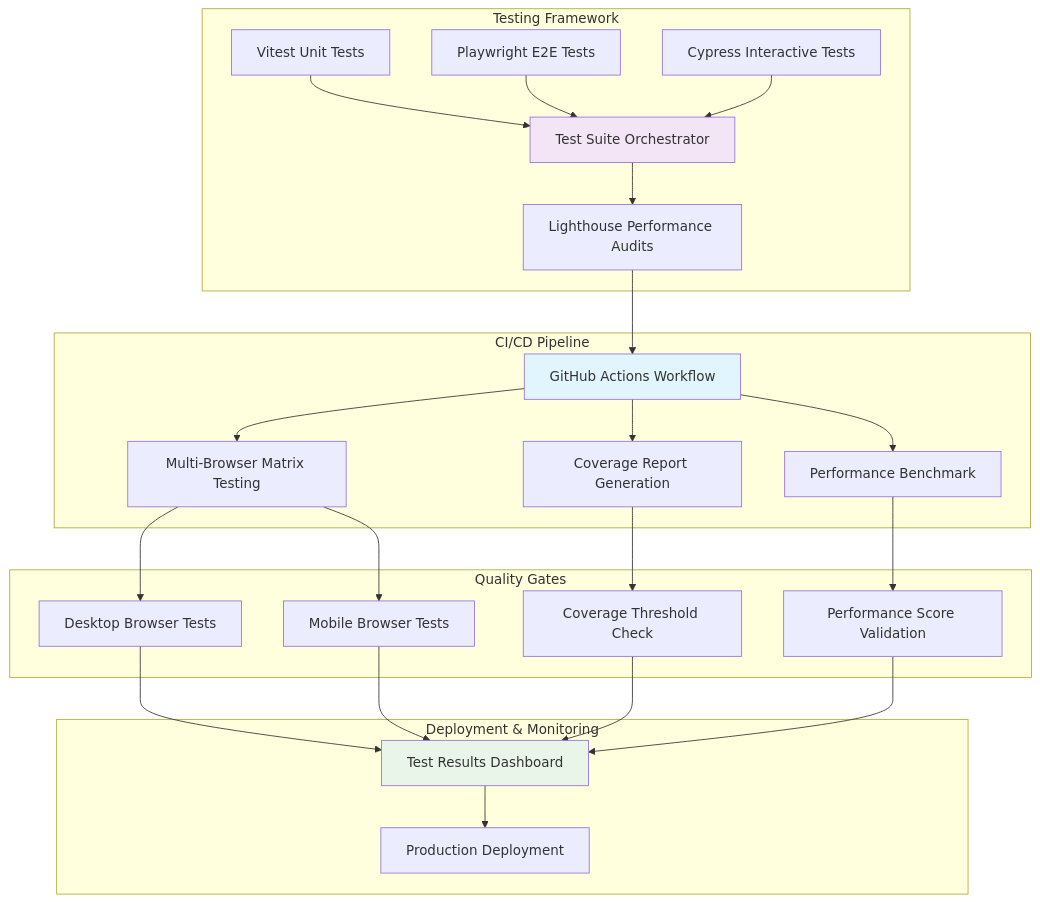
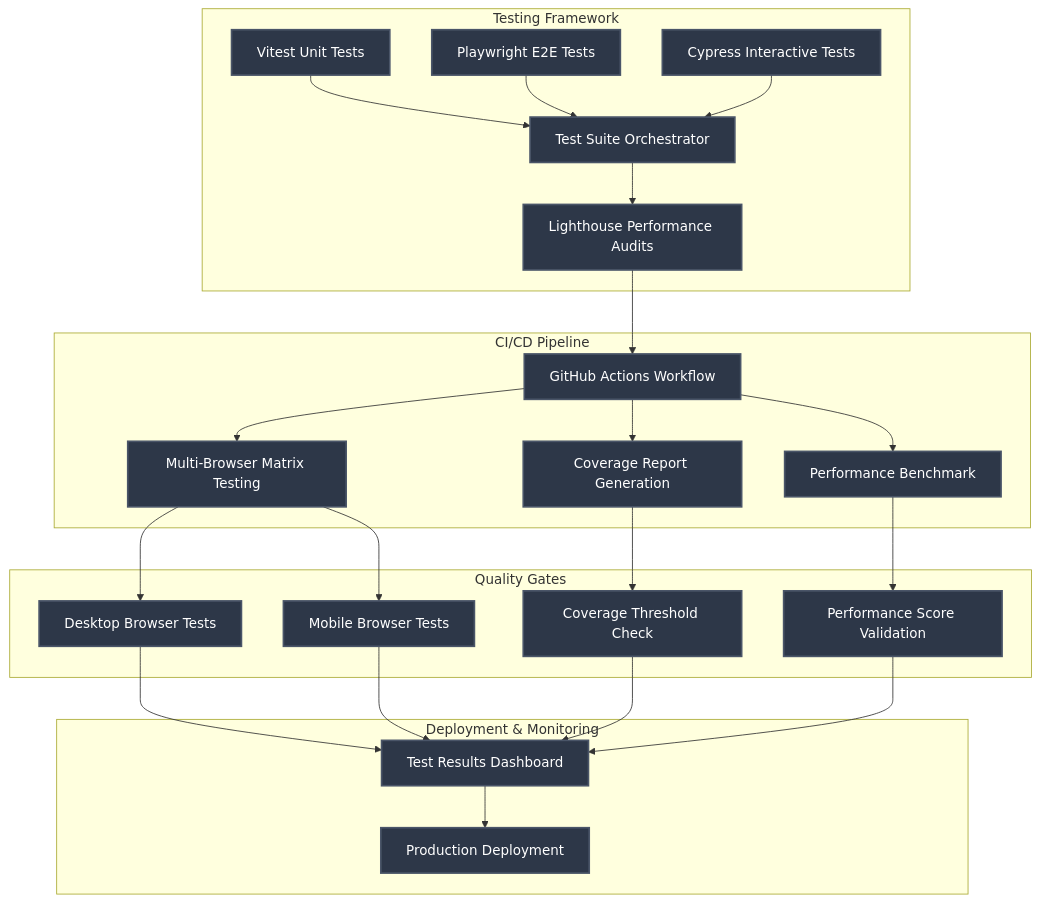
Before and after one commit to hkevin01/Layers-Radar-States-Streets: the third of 9 diagrams in README.md, drawn with Mermaid. The commit also changed other lines of this file, not shown here.

Commit message:
refactor: Standardize diagram styles for improved visual consistency

````diff
--- a/README.md
+++ b/README.md
@@ -97,35 +119,47 @@
 ```mermaid
 graph TB
     subgraph "Testing Framework"
         A[Vitest Unit Tests] --> D[Test Suite Orchestrator]
         B[Playwright E2E Tests] --> D
         C[Cypress Interactive Tests] --> D
         D --> E[Lighthouse Performance Audits]
     end
 
     subgraph "CI/CD Pipeline"
         E --> F[GitHub Actions Workflow]
         F --> G[Multi-Browser Matrix Testing]
         F --> H[Coverage Report Generation]
         F --> I[Performance Benchmark]
     end
 
     subgraph "Quality Gates"
         G --> J[Desktop Browser Tests]
         G --> K[Mobile Browser Tests]
         H --> L[Coverage Threshold Check]
         I --> M[Performance Score Validation]
     end
 
     subgraph "Deployment & Monitoring"
         J --> N[Test Results Dashboard]
         K --> N
         L --> N
         M --> N
         N --> O[Production Deployment]
     end
 
-    style D fill:#f3e5f5
-    style F fill:#e1f5fe
-    style N fill:#e8f5e8
+    style A fill:#2d3748,stroke:#4a5568,stroke-width:2px,color:#ffffff
+    style B fill:#2d3748,stroke:#4a5568,stroke-width:2px,color:#ffffff
+    style C fill:#2d3748,stroke:#4a5568,stroke-width:2px,color:#ffffff
+    style D fill:#2d3748,stroke:#4a5568,stroke-width:2px,color:#ffffff
+    style E fill:#2d3748,stroke:#4a5568,stroke-width:2px,color:#ffffff
+    style F fill:#2d3748,stroke:#4a5568,stroke-width:2px,color:#ffffff
+    style G fill:#2d3748,stroke:#4a5568,stroke-width:2px,color:#ffffff
+    style H fill:#2d3748,stroke:#4a5568,stroke-width:2px,color:#ffffff
+    style I fill:#2d3748,stroke:#4a5568,stroke-width:2px,color:#ffffff
+    style J fill:#2d3748,stroke:#4a5568,stroke-width:2px,color:#ffffff
+    style K fill:#2d3748,stroke:#4a5568,stroke-width:2px,color:#ffffff
+    style L fill:#2d3748,stroke:#4a5568,stroke-width:2px,color:#ffffff
+    style M fill:#2d3748,stroke:#4a5568,stroke-width:2px,color:#ffffff
+    style N fill:#2d3748,stroke:#4a5568,stroke-width:2px,color:#ffffff
+    style O fill:#2d3748,stroke:#4a5568,stroke-width:2px,color:#ffffff
 ```
````
